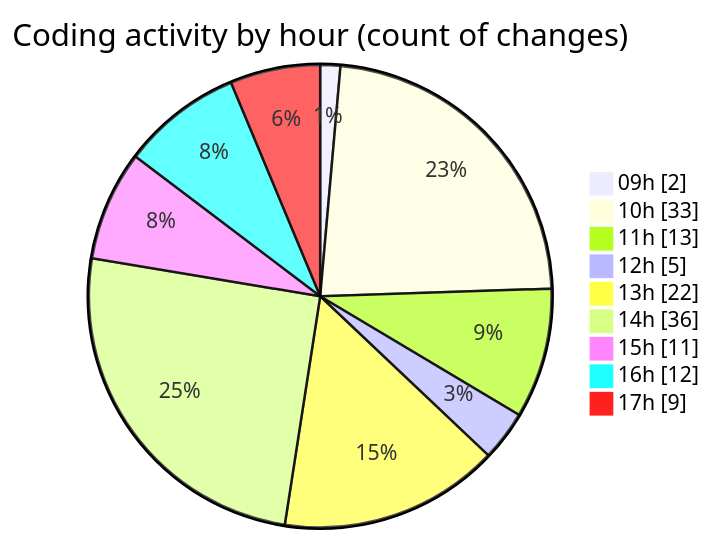
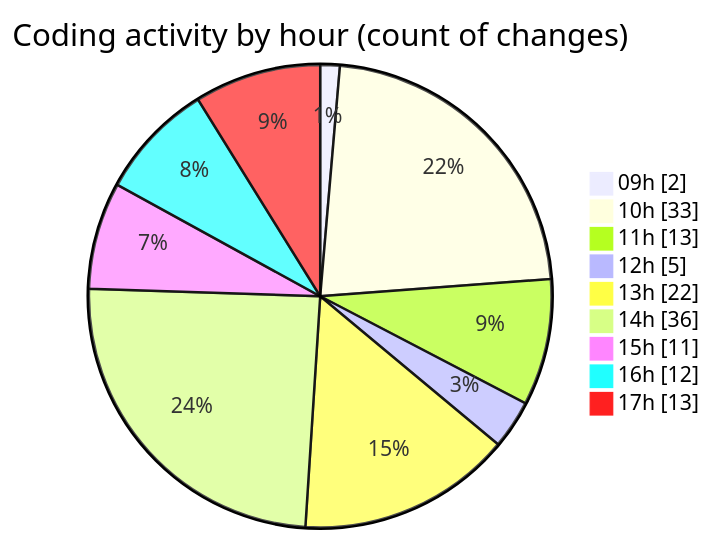
Before and after one commit to momahboobian/code-tracking: the second of 2 diagrams in 2025-08-12/cda/README.md, drawn with Mermaid. The commit also changed other lines of this file and 1 other file, not shown here.

````diff
--- a/2025-08-12/cda/README.md
+++ b/2025-08-12/cda/README.md
@@ -56,13 +56,13 @@
 ```mermaid
 pie showData
 title Coding activity by hour (count of changes)
 "09h" : 2
 "10h" : 33
 "11h" : 13
 "12h" : 5
 "13h" : 22
 "14h" : 36
 "15h" : 11
 "16h" : 12
-"17h" : 9
+"17h" : 13
 ```
````
